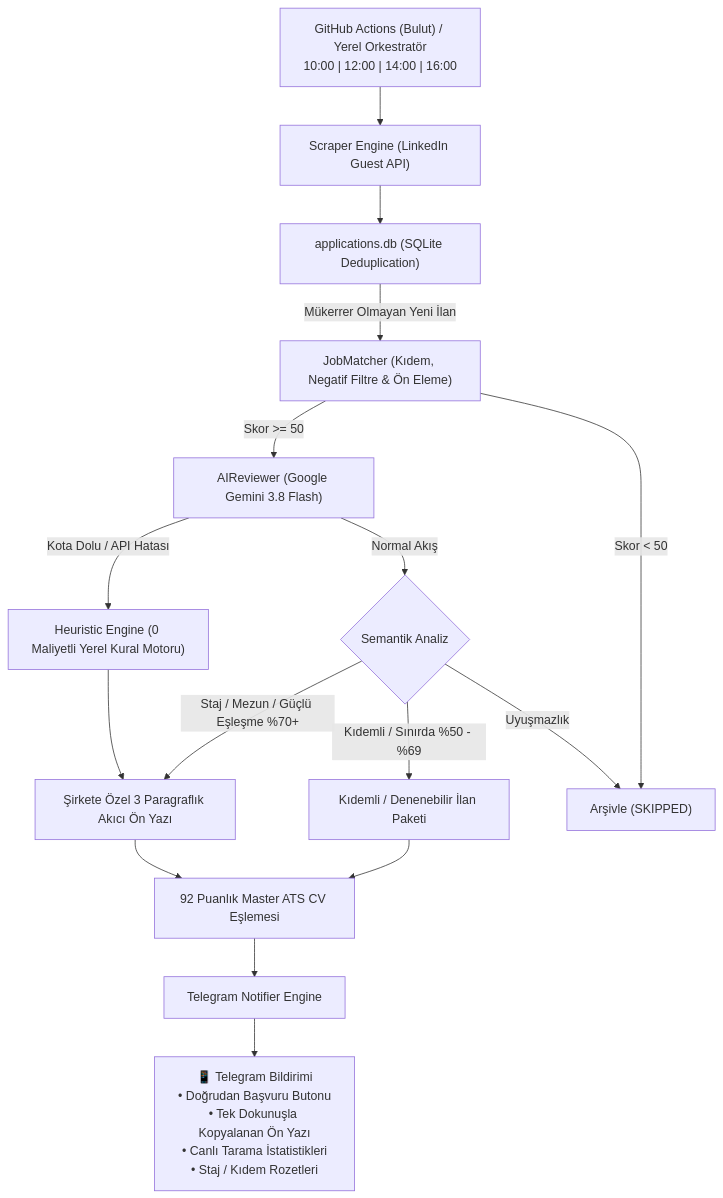
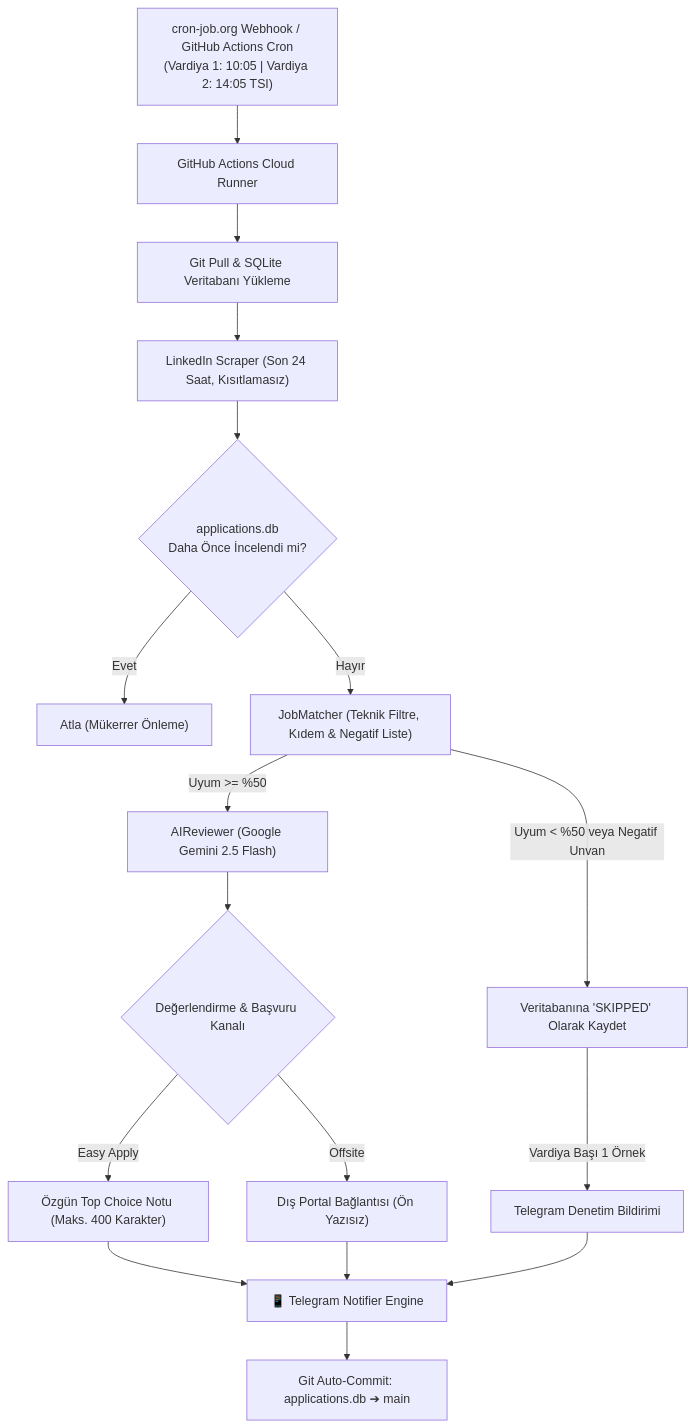
One commit to omergokdass/ai-career-copilot changed the diagram in README.md. Above: the diagram before and after it, drawn with Mermaid. The commit also changed other lines of this file, not shown here.

Commit message:
docs: update README with 2-shift architecture, unlimited scanning, and mobile easy apply specifications

````diff
--- a/README.md
+++ b/README.md
@@ -39,21 +38,24 @@
 ```mermaid
 flowchart TD
-    A["GitHub Actions (Bulut) / Yerel Orkestratör<br>10:00 | 12:00 | 14:00 | 16:00"] --> B["Scraper Engine (LinkedIn Guest API)"]
-    B --> C["applications.db (SQLite Deduplication)"]
-    C -->|Mükerrer Olmayan Yeni İlan| D["JobMatcher (Kıdem, Negatif Filtre & Ön Eleme)"]
-    D -->|Skor >= 50| E["AIReviewer (Google Gemini 3.8 Flash)"]
-    D -->|Skor < 50| F["Arşivle (SKIPPED)"]
+    Trigger["cron-job.org Webhook / GitHub Actions Cron<br>(Vardiya 1: 10:05 | Vardiya 2: 14:05 TSI)"] --> Runner["GitHub Actions Cloud Runner"]
+    Runner --> Pull["Git Pull & SQLite Veritabanı Yükleme"]
+    Pull --> Scraper["LinkedIn Scraper (Son 24 Saat, Kısıtlamasız)"]
+    Scraper --> Deduplicate{"applications.db<br>Daha Önce İncelendi mi?"}
     
-    E -->|Kota Dolu / API Hatası| G["Heuristic Engine (0 Maliyetli Yerel Kural Motoru)"]
-    E -->|Normal Akış| H{Semantik Analiz}
+    Deduplicate -->|Evet| Ignore["Atla (Mükerrer Önleme)"]
+    Deduplicate -->|Hayır| Matcher["JobMatcher (Teknik Filtre, Kıdem & Negatif Liste)"]
     
-    H -->|Staj / Mezun / Güçlü Eşleşme %70+| I["Şirkete Özel 3 Paragraflık Akıcı Ön Yazı"]
-    H -->|Kıdemli / Sınırda %50 - %69| J["Kıdemli / Denenebilir İlan Paketi"]
-    H -->|Uyuşmazlık| F
-    G --> I
+    Matcher -->|Uyum < %50 veya Negatif Unvan| SkipRecord["Veritabanına 'SKIPPED' Olarak Kaydet"]
+    Matcher -->|Uyum >= %50| Gemini["AIReviewer (Google Gemini 2.5 Flash)"]
     
-    I --> K["92 Puanlık Master ATS CV Eşlemesi"]
-    J --> K
-    K --> L["Telegram Notifier Engine"]
-    L --> M["📱 Telegram Bildirimi<br>• Doğrudan Başvuru Butonu<br>• Tek Dokunuşla Kopyalanan Ön Yazı<br>• Canlı Tarama İstatistikleri<br>• Staj / Kıdem Rozetleri"]
+    Gemini --> Decision{"Değerlendirme & Başvuru Kanalı"}
+    Decision -->|Easy Apply| EANote["Özgün Top Choice Notu (Maks. 400 Karakter)"]
+    Decision -->|Offsite| OffsiteLink["Dış Portal Bağlantısı (Ön Yazısız)"]
+    
+    EANote --> Telegram["📱 Telegram Notifier Engine"]
+    OffsiteLink --> Telegram
+    SkipRecord -->|Vardiya Başı 1 Örnek| AuditNote["Telegram Denetim Bildirimi"]
+    AuditNote --> Telegram
+    
+    Telegram --> Commit["Git Auto-Commit: applications.db ➔ main"]
 ```
````
